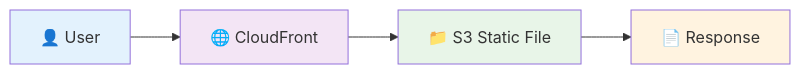
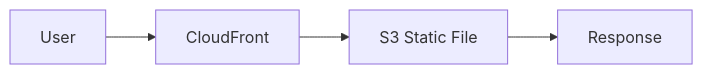
One commit to bbernstein/chq-calendar changed the eighth of 8 diagrams in docs/DEVELOPMENT_HISTORY.md. Above: the diagram before and after it, drawn with Mermaid. The commit also changed other lines of this file, not shown here.

First line of the commit message:
Fix Mermaid diagram syntax for GitHub compatibility

````diff
--- a/docs/DEVELOPMENT_HISTORY.md
+++ b/docs/DEVELOPMENT_HISTORY.md
@@ -298,9 +260,4 @@
 ```mermaid
 graph LR
-    User2[👤 User] --> CF2[🌐 CloudFront] --> S3[📁 S3 Static File] --> Response2[📄 Response]
-    
-    style User2 fill:#e3f2fd
-    style CF2 fill:#f3e5f5
-    style S3 fill:#e8f5e8
-    style Response2 fill:#fff3e0
+    User2[User] --> CF2[CloudFront] --> S3[S3 Static File] --> Response2[Response]
 ```
````
